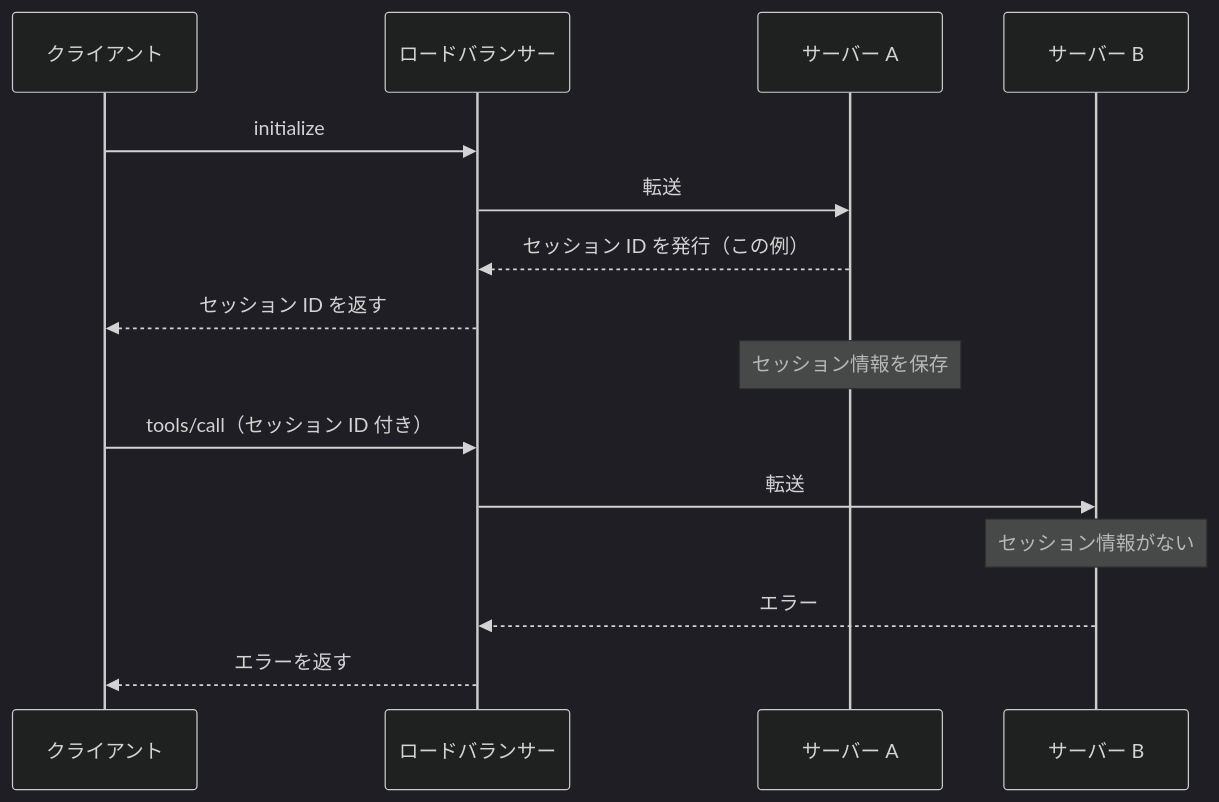
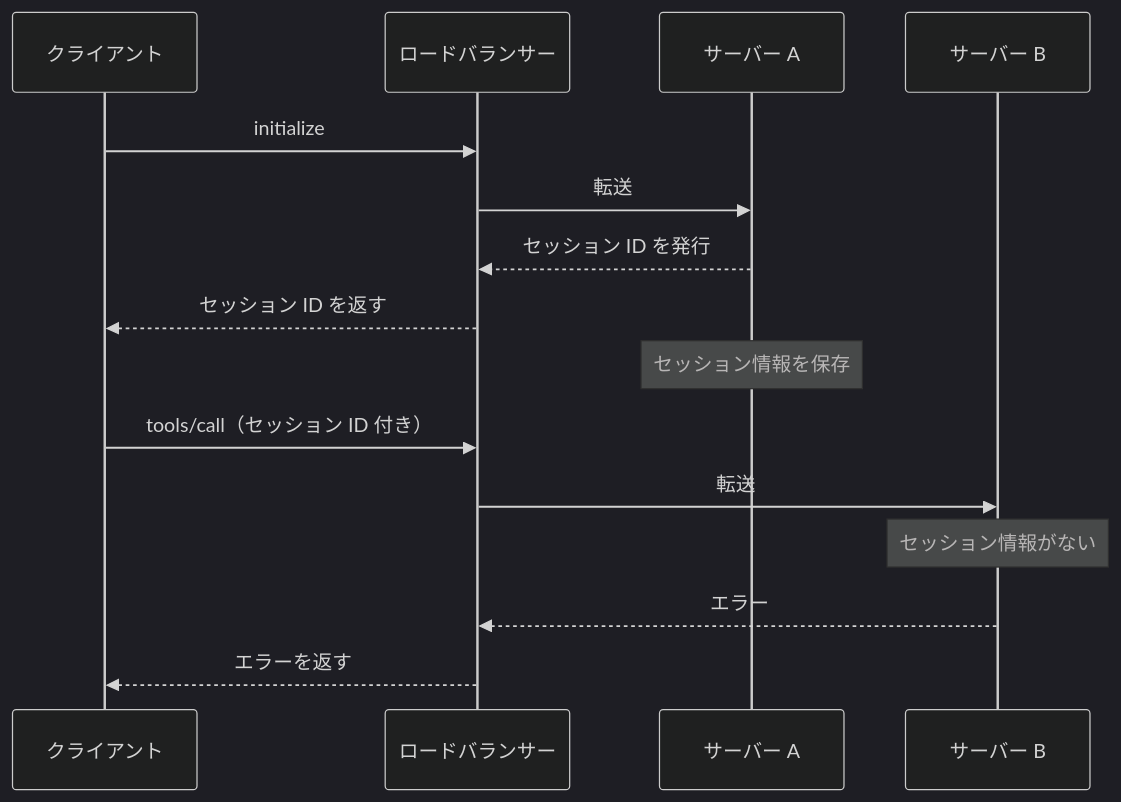
The second of 5 diagrams in public/2026-08-mcp-2026-07-28.md (yamazaki-yuki-23/qiita-tech-blogs), drawn with Mermaid (dark theme) before and after one commit. The commit also changed other lines of this file and 1 other file, not shown here.

````diff
--- a/public/2026-08-mcp-2026-07-28.md
+++ b/public/2026-08-mcp-2026-07-28.md
@@ -90,19 +90,19 @@
 ```mermaid
 sequenceDiagram
     participant C as クライアント
     participant LB as ロードバランサー
     participant S1 as サーバー A
     participant S2 as サーバー B
 
     C->>LB: initialize
     LB->>S1: 転送
-    S1-->>LB: セッション ID を発行（この例）
+    S1-->>LB: セッション ID を発行
     LB-->>C: セッション ID を返す
     Note over S1: セッション情報を保存
 
     C->>LB: tools/call（セッション ID 付き）
     LB->>S2: 転送
     Note over S2: セッション情報がない
     S2-->>LB: エラー
     LB-->>C: エラーを返す
 ```
````
